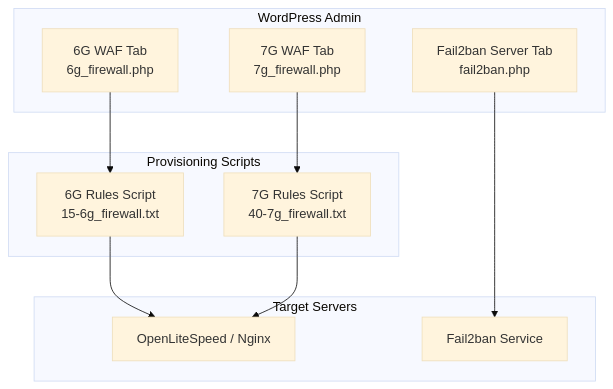
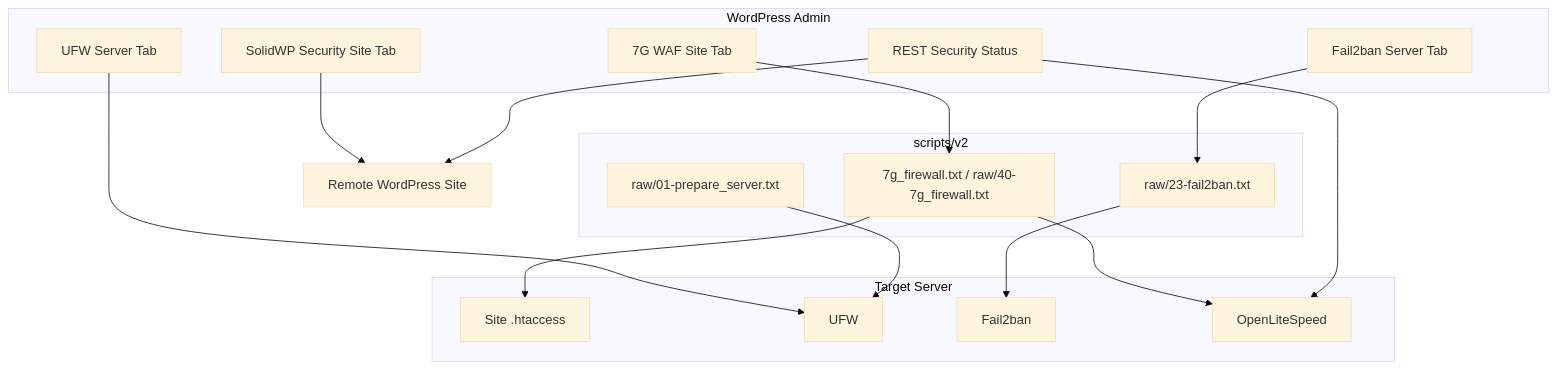
One commit to onedogsolutions/simple-stack changed the diagram in .qoder/repowiki/en/content/Operational Tools/Security Hardening Tools/Security Hardening Tools.md. Above: the diagram before and after it, drawn with Mermaid (base theme). The commit also changed other lines of this file and 5941 other files, not shown here.

````diff
--- a/.qoder/repowiki/en/content/Operational Tools/Security Hardening Tools/Security Hardening Tools.md
+++ b/.qoder/repowiki/en/content/Operational Tools/Security Hardening Tools/Security Hardening Tools.md
@@ -44,21 +36,31 @@
 ```mermaid
 graph TB
 subgraph "WordPress Admin"
-A["6G WAF Tab<br/>6g_firewall.php"]
-B["7G WAF Tab<br/>7g_firewall.php"]
-C["Fail2ban Server Tab<br/>fail2ban.php"]
+WAF["7G WAF Site Tab"]
+UFW["UFW Server Tab"]
+F2B["Fail2ban Server Tab"]
+Solid["SolidWP Security Site Tab"]
+Probe["REST Security Status"]
 end
-subgraph "Provisioning Scripts"
-D["6G Rules Script<br/>15-6g_firewall.txt"]
-E["7G Rules Script<br/>40-7g_firewall.txt"]
+subgraph "scripts/v2"
+WAFScript["7g_firewall.txt / raw/40-7g_firewall.txt"]
+Prepare["raw/01-prepare_server.txt"]
+F2BScript["raw/23-fail2ban.txt"]
 end
-subgraph "Target Servers"
-F["OpenLiteSpeed / Nginx"]
-G["Fail2ban Service"]
+subgraph "Target Server"
+HTAccess["Site .htaccess"]
+Firewall["UFW"]
+Fail2ban["Fail2ban"]
+OLS["OpenLiteSpeed"]
 end
-A --> D
-B --> E
-C --> G
-D --> F
-E --> F
+WAF --> WAFScript
+WAFScript --> HTAccess
+WAFScript --> OLS
+UFW --> Firewall
+Prepare --> Firewall
+F2B --> F2BScript
+F2BScript --> Fail2ban
+Solid --> Site["Remote WordPress Site"]
+Probe --> Site
+Probe --> OLS
 ```
````
